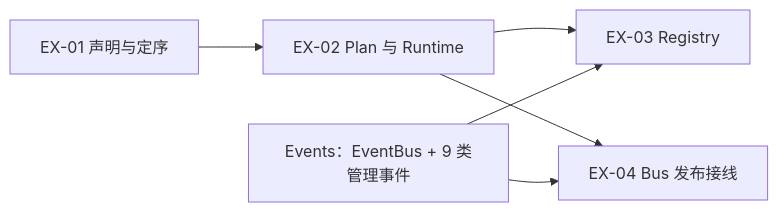
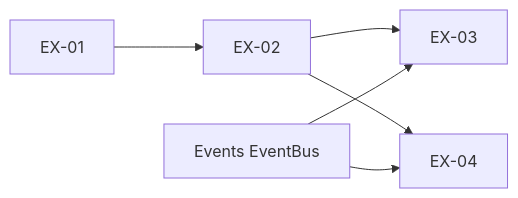
The diagram in openjiuwen/core/extension/docs/designs/extension-development-plan.md (openJiuwen-ai/agent-core), drawn with Mermaid before and after one commit. The commit also changed other lines of this file and 21 other files, not shown here.

````diff
--- a/openjiuwen/core/extension/docs/designs/extension-development-plan.md
+++ b/openjiuwen/core/extension/docs/designs/extension-development-plan.md
@@ -93,8 +62,8 @@
 ```mermaid
 flowchart LR
-    EX01["EX-01 声明与定序"] --> EX02["EX-02 Plan 与 Runtime"]
-    EX02 --> EX03["EX-03 Registry"]
-    EX02 --> EX04["EX-04 Bus 发布接线"]
-    EV["Events：EventBus + 9 类管理事件"] --> EX03
+    EX01["EX-01"] --> EX02["EX-02"]
+    EX02 --> EX03["EX-03"]
+    EX02 --> EX04["EX-04"]
+    EV["Events EventBus"] --> EX03
     EV --> EX04
 ```
````
